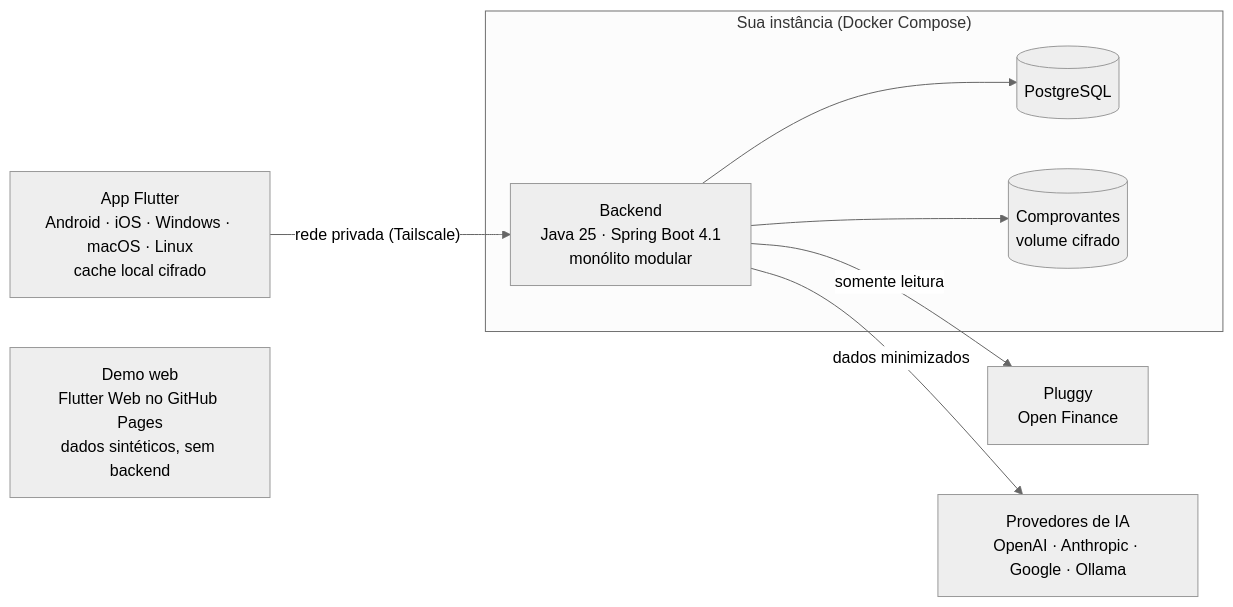
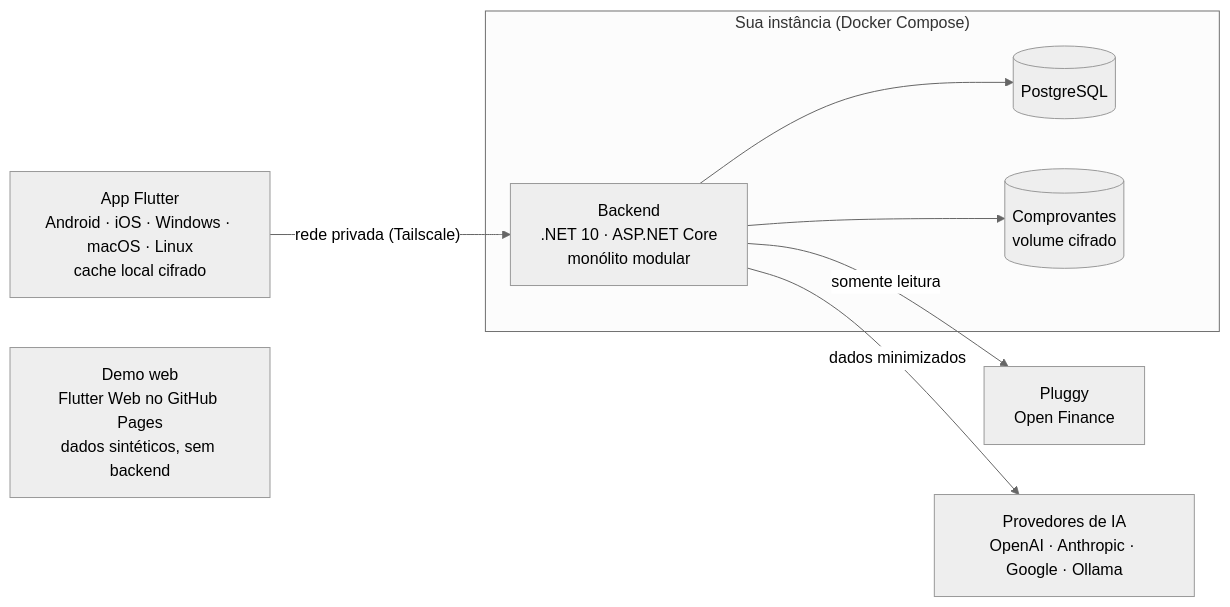
One commit to igorgmassi/granapaca changed the diagram in README.md. Above: the diagram before and after it, drawn with Mermaid (neutral theme). The commit also changed other lines of this file and 7 other files, not shown here.

First line of the commit message:
docs: switch backend stack from Java/Spring to .NET 10 with Dapper and DbUp (#1)

````diff
--- a/README.md
+++ b/README.md
@@ -52,20 +52,20 @@
 ```mermaid
 flowchart LR
   app["App Flutter<br/>Android · iOS · Windows · macOS · Linux<br/>cache local cifrado"]
   demo["Demo web<br/>Flutter Web no GitHub Pages<br/>dados sintéticos, sem backend"]
 
   subgraph instancia["Sua instância (Docker Compose)"]
-    api["Backend<br/>Java 25 · Spring Boot 4.1<br/>monólito modular"]
+    api["Backend<br/>.NET 10 · ASP.NET Core<br/>monólito modular"]
     db[("PostgreSQL")]
     files[("Comprovantes<br/>volume cifrado")]
   end
 
   pluggy["Pluggy<br/>Open Finance"]
   ia["Provedores de IA<br/>OpenAI · Anthropic · Google · Ollama"]
 
   app -- "rede privada (Tailscale)" --> api
   api --> db
   api --> files
   api -- "somente leitura" --> pluggy
   api -- "dados minimizados" --> ia
 ```
````
